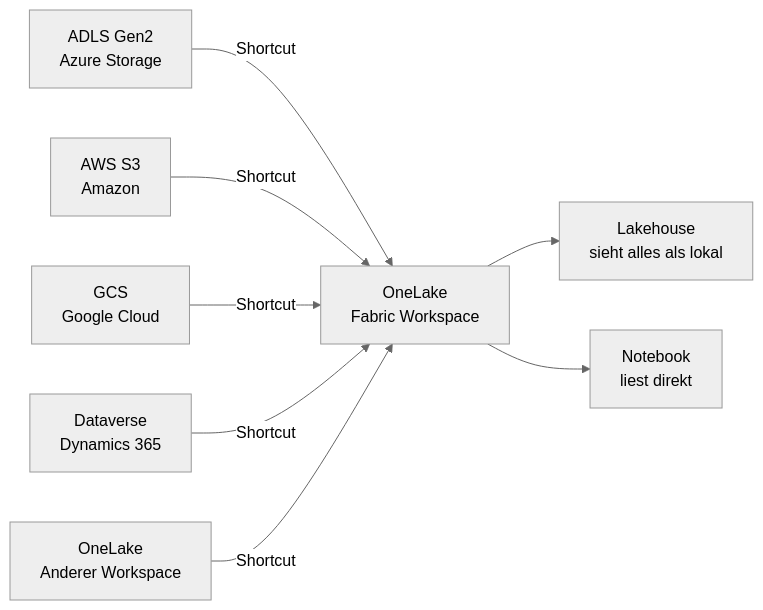
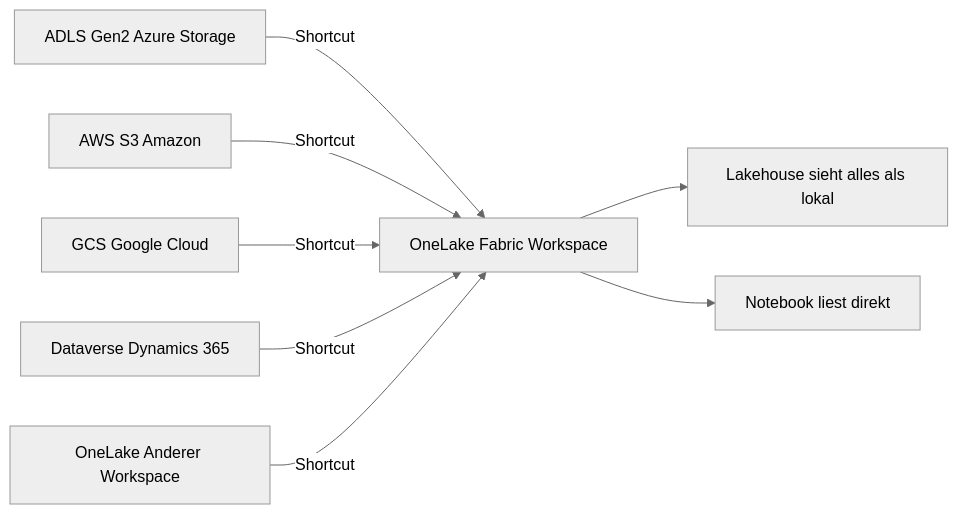
The third of 5 diagrams in Microsoft 365/Azure/Fabric/OneLake.md (SoniiiT/notes-n-docs), drawn with Mermaid (neutral theme) before and after one commit. The commit also changed other lines of this file and 124 other files, not shown here.

First line of the commit message:
fix: Entferne \n aus allen Mermaid-Diagrammen (125 Dateien)

````diff
--- a/Microsoft 365/Azure/Fabric/OneLake.md
+++ b/Microsoft 365/Azure/Fabric/OneLake.md
@@ -158,11 +158,11 @@
 ```mermaid
 graph LR
-    EXT1[ADLS Gen2\nAzure Storage] -->|Shortcut| OL[OneLake\nFabric Workspace]
-    EXT2[AWS S3\nAmazon] -->|Shortcut| OL
-    EXT3[GCS\nGoogle Cloud] -->|Shortcut| OL
-    EXT4[Dataverse\nDynamics 365] -->|Shortcut| OL
-    WS2[OneLake\nAnderer Workspace] -->|Shortcut| OL
+    EXT1[ADLS Gen2 Azure Storage] -->|Shortcut| OL[OneLake Fabric Workspace]
+    EXT2[AWS S3 Amazon] -->|Shortcut| OL
+    EXT3[GCS Google Cloud] -->|Shortcut| OL
+    EXT4[Dataverse Dynamics 365] -->|Shortcut| OL
+    WS2[OneLake Anderer Workspace] -->|Shortcut| OL
     
-    OL --> LH[Lakehouse\nsieht alles als lokal]
-    OL --> NB[Notebook\nliest direkt]
+    OL --> LH[Lakehouse sieht alles als lokal]
+    OL --> NB[Notebook liest direkt]
 ```
````
